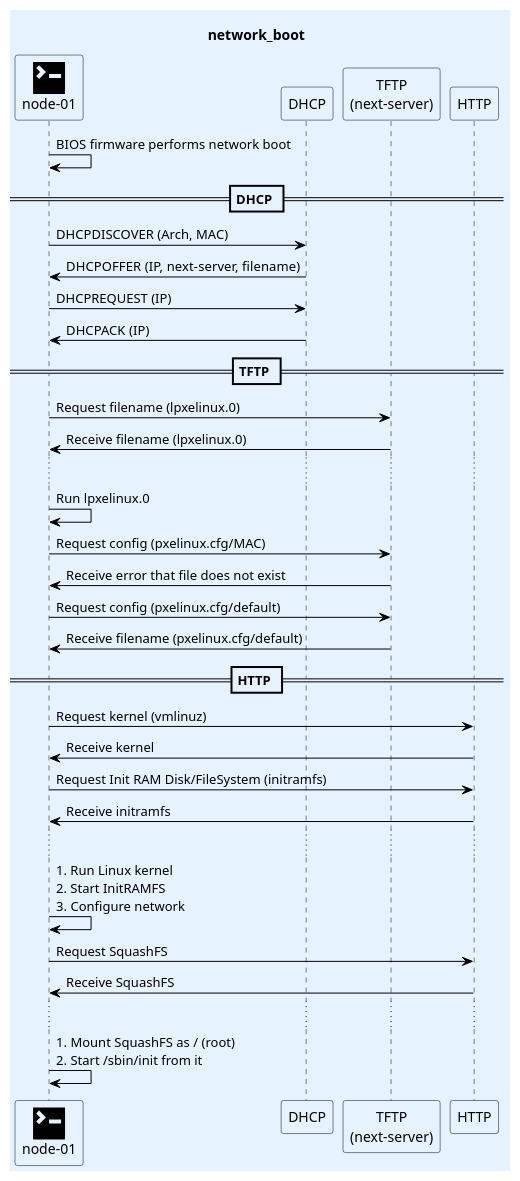
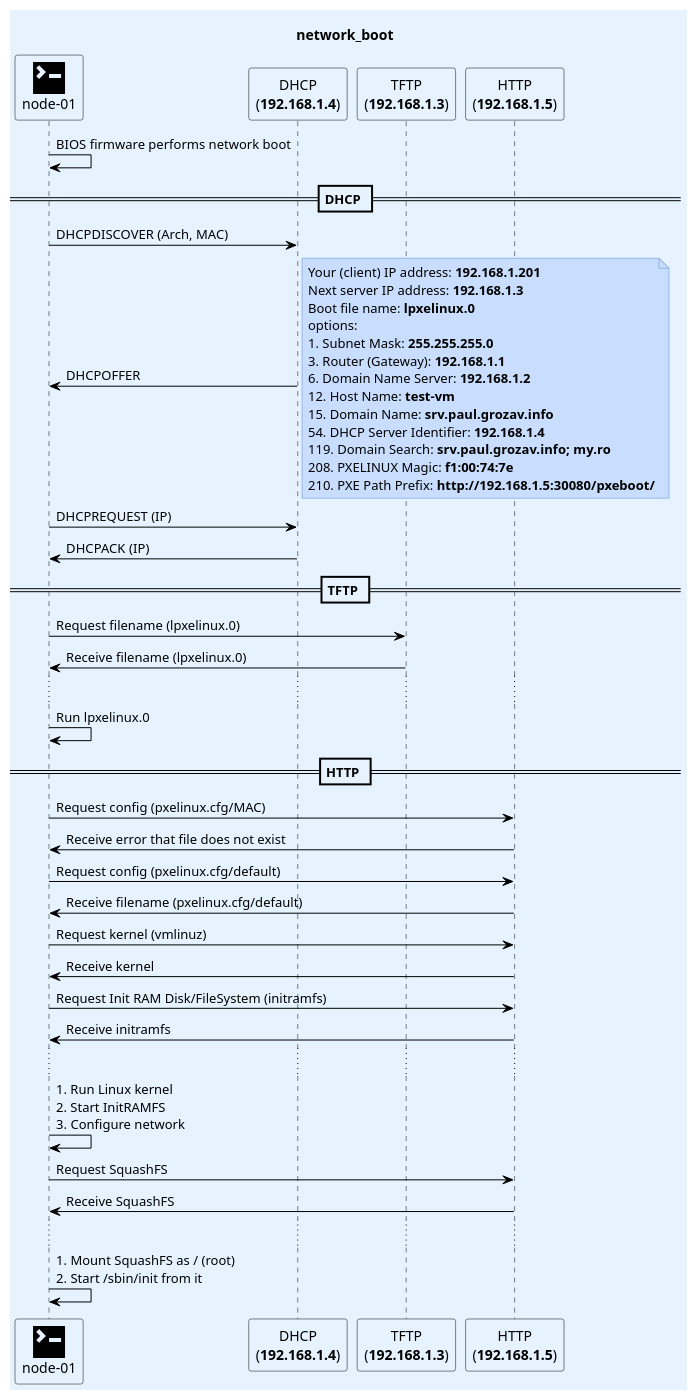
One commit to paul-grozav/gtp_library changed the diagram in vagrant/netboot/diagram.plantuml. Above: the diagram before and after it, drawn with PlantUML.

Commit message:
netboot - switch to HTTP sooner

```diff
--- a/vagrant/netboot/diagram.plantuml
+++ b/vagrant/netboot/diagram.plantuml
@@ -1,67 +1,82 @@
 @startuml
 '------------------------------------------------------------------------------'
 ' Author: Tancredi-Paul Grozav <paul@grozav.info>
 ' To view the diagram:
 ' - go to: https://www.planttext.com/
 ' - paste the source and press Alt + Enter or click Refresh btn
 '------------------------------------------------------------------------------'
 title network_boot
 
 ' style
 skinparam {
   BackgroundColor #e6f3ff
   ActorBackgroundColor #e6f3ff
   ActorBorderColor black
   ParticipantBackgroundColor #e6f3ff
   ParticipantBorderColor black
   ArrowColor black
   ComponentBackgroundColor #e6f3ff
   SequenceLifeLineBorderColor black
   NoteBackgroundColor #c9deff
   NoteBorderColor #5b87cf
   SequenceDividerBackgroundColor #e6f3ff
 }
 
 participant "<size:48><&terminal></size>\nnode-01" as node_01
-participant DHCP
-participant "TFTP\n(next-server)" as TFTP
-participant HTTP
+participant "DHCP\n(**192.168.1.4**)" as DHCP
+participant "TFTP\n(**192.168.1.3**)" as TFTP
+participant "HTTP\n(**192.168.1.5**)" as HTTP
 
 
 node_01 -> node_01 : BIOS firmware performs network boot
 == DHCP ==
 node_01 -> DHCP : DHCPDISCOVER (Arch, MAC)
-DHCP -> node_01 : DHCPOFFER (IP, next-server, filename)
+DHCP -> node_01 : DHCPOFFER
+note right
+  Your (client) IP address: **192.168.1.201**
+  Next server IP address: **192.168.1.3**
+  Boot file name: **lpxelinux.0**
+  options:
+  1. Subnet Mask: **255.255.255.0**
+  3. Router (Gateway): **192.168.1.1**
+  6. Domain Name Server: **192.168.1.2**
+  12. Host Name: **test-vm**
+  15. Domain Name: **srv.paul.grozav.info**
+  54. DHCP Server Identifier: **192.168.1.4**
+  119. Domain Search: **srv.paul.grozav.info; my.ro**
+  208. PXELINUX Magic: **f1:00:74:7e**
+  210. PXE Path Prefix: **http://192.168.1.5:30080/pxeboot/**
+end note
 node_01 -> DHCP : DHCPREQUEST (IP)
 DHCP -> node_01 : DHCPACK (IP)
 
 == TFTP ==
 node_01 -> TFTP : Request filename (lpxelinux.0)
 TFTP -> node_01 : Receive filename (lpxelinux.0)
 ...
-
 node_01 -> node_01 : Run lpxelinux.0
-node_01 -> TFTP : Request config (pxelinux.cfg/MAC)
-TFTP -> node_01 : Receive error that file does not exist
-node_01 -> TFTP : Request config (pxelinux.cfg/default)
-TFTP -> node_01 : Receive filename (pxelinux.cfg/default)
 
 == HTTP ==
+node_01 -> HTTP : Request config (pxelinux.cfg/MAC)
+HTTP -> node_01 : Receive error that file does not exist
+node_01 -> HTTP : Request config (pxelinux.cfg/default)
+HTTP -> node_01 : Receive filename (pxelinux.cfg/default)
+
 node_01 -> HTTP : Request kernel (vmlinuz)
 HTTP -> node_01 : Receive kernel
 node_01 -> HTTP : Request Init RAM Disk/FileSystem (initramfs)
 HTTP -> node_01 : Receive initramfs
 
 ...
 
 node_01 -> node_01 : 1. Run Linux kernel\n2. Start InitRAMFS\n3. Configure \
 network
 node_01 -> HTTP : Request SquashFS
 HTTP -> node_01 : Receive SquashFS
 
 ...
 
 node_01 -> node_01 : 1. Mount SquashFS as / (root)\n2. Start /sbin/init from it
 
 '------------------------------------------------------------------------------'
 @enduml
```
